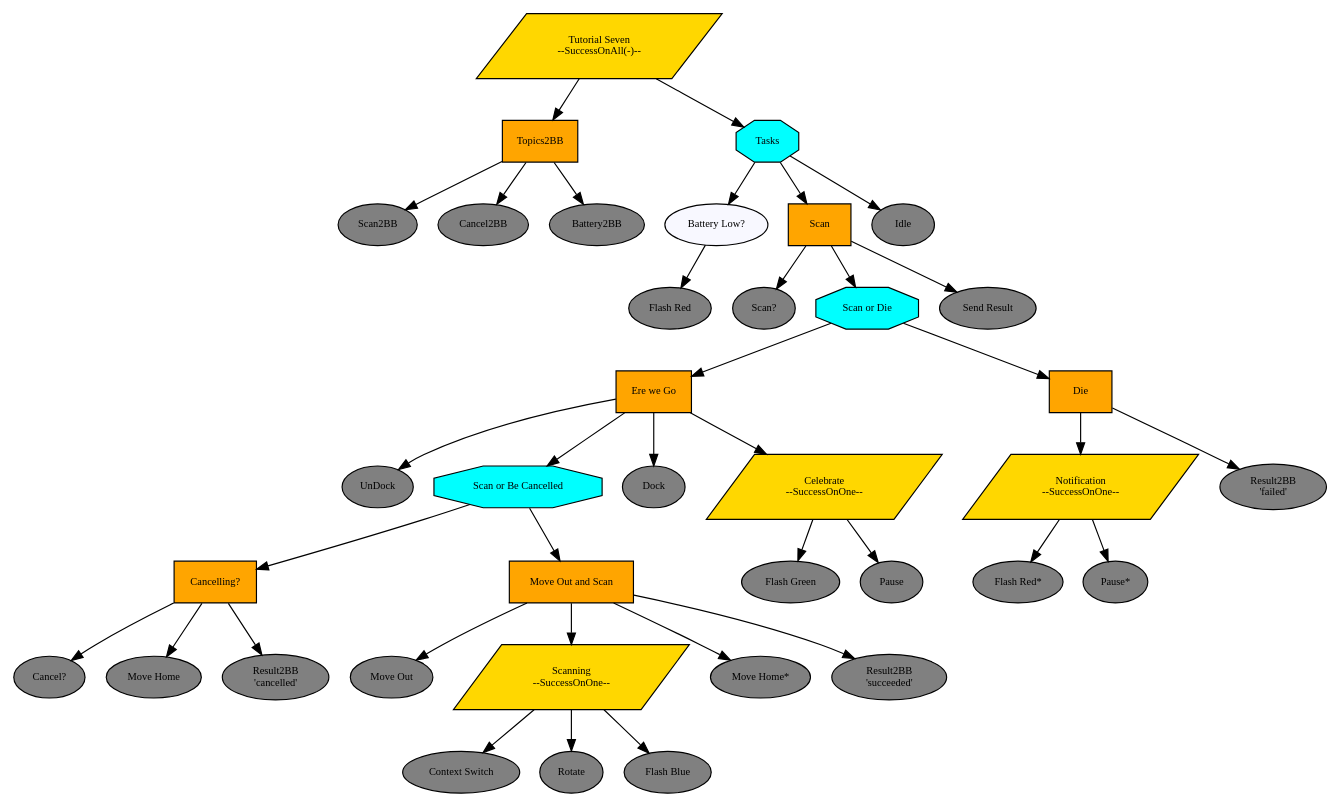
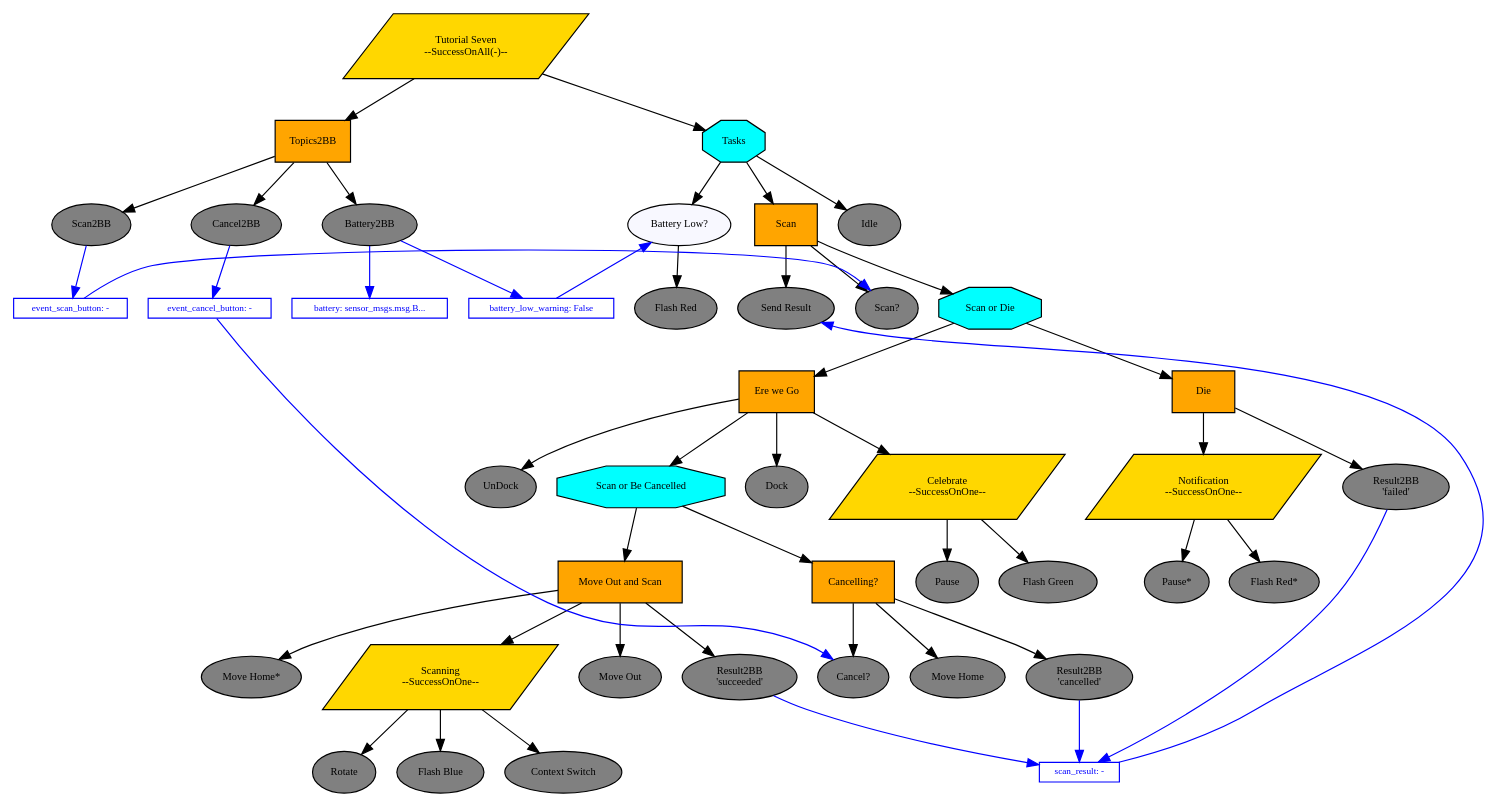
The diagram in doc/dot/tutorial-seven-docking-cancelling-failing.dot (splintered-reality/py_trees_ros_tutorials), drawn with Graphviz before and after one commit. The commit also changed 13 other files, not shown here.

```diff
--- a/doc/dot/tutorial-seven-docking-cancelling-failing.dot
+++ b/doc/dot/tutorial-seven-docking-cancelling-failing.dot
@@ -1,78 +1,194 @@
 digraph pastafarianism {
 graph [fontname="times-roman"];
 node [fontname="times-roman"];
 edge [fontname="times-roman"];
 "Tutorial Seven" [label="Tutorial Seven\n--SuccessOnAll(-)--", shape=parallelogram, style=filled, fillcolor=gold, fontsize=9, fontcolor=black];
 Topics2BB [label=Topics2BB, shape=box, style=filled, fillcolor=orange, fontsize=9, fontcolor=black];
 "Tutorial Seven" -> Topics2BB;
 Scan2BB [label=Scan2BB, shape=ellipse, style=filled, fillcolor=gray, fontsize=9, fontcolor=black];
 Topics2BB -> Scan2BB;
 Cancel2BB [label=Cancel2BB, shape=ellipse, style=filled, fillcolor=gray, fontsize=9, fontcolor=black];
 Topics2BB -> Cancel2BB;
 Battery2BB [label=Battery2BB, shape=ellipse, style=filled, fillcolor=gray, fontsize=9, fontcolor=black];
 Topics2BB -> Battery2BB;
+subgraph  {
+label=children_of_Topics2BB;
+rank=same;
+Scan2BB [label=Scan2BB, shape=ellipse, style=filled, fillcolor=gray, fontsize=9, fontcolor=black];
+Cancel2BB [label=Cancel2BB, shape=ellipse, style=filled, fillcolor=gray, fontsize=9, fontcolor=black];
+Battery2BB [label=Battery2BB, shape=ellipse, style=filled, fillcolor=gray, fontsize=9, fontcolor=black];
+}
+
 Tasks [label=Tasks, shape=octagon, style=filled, fillcolor=cyan, fontsize=9, fontcolor=black];
 "Tutorial Seven" -> Tasks;
 "Battery Low?" [label="Battery Low?", shape=ellipse, style=filled, fillcolor=ghostwhite, fontsize=9, fontcolor=black];
 Tasks -> "Battery Low?";
 "Flash Red" [label="Flash Red", shape=ellipse, style=filled, fillcolor=gray, fontsize=9, fontcolor=black];
 "Battery Low?" -> "Flash Red";
 Scan [label=Scan, shape=box, style=filled, fillcolor=orange, fontsize=9, fontcolor=black];
 Tasks -> Scan;
 "Scan?" [label="Scan?", shape=ellipse, style=filled, fillcolor=gray, fontsize=9, fontcolor=black];
 Scan -> "Scan?";
 "Scan or Die" [label="Scan or Die", shape=octagon, style=filled, fillcolor=cyan, fontsize=9, fontcolor=black];
 Scan -> "Scan or Die";
 "Ere we Go" [label="Ere we Go", shape=box, style=filled, fillcolor=orange, fontsize=9, fontcolor=black];
 "Scan or Die" -> "Ere we Go";
 UnDock [label=UnDock, shape=ellipse, style=filled, fillcolor=gray, fontsize=9, fontcolor=black];
 "Ere we Go" -> UnDock;
 "Scan or Be Cancelled" [label="Scan or Be Cancelled", shape=octagon, style=filled, fillcolor=cyan, fontsize=9, fontcolor=black];
 "Ere we Go" -> "Scan or Be Cancelled";
 "Cancelling?" [label="Cancelling?", shape=box, style=filled, fillcolor=orange, fontsize=9, fontcolor=black];
 "Scan or Be Cancelled" -> "Cancelling?";
 "Cancel?" [label="Cancel?", shape=ellipse, style=filled, fillcolor=gray, fontsize=9, fontcolor=black];
 "Cancelling?" -> "Cancel?";
 "Move Home" [label="Move Home", shape=ellipse, style=filled, fillcolor=gray, fontsize=9, fontcolor=black];
 "Cancelling?" -> "Move Home";
 "Result2BB\n'cancelled'" [label="Result2BB\n'cancelled'", shape=ellipse, style=filled, fillcolor=gray, fontsize=9, fontcolor=black];
 "Cancelling?" -> "Result2BB\n'cancelled'";
+subgraph  {
+label="children_of_Cancelling?";
+rank=same;
+"Cancel?" [label="Cancel?", shape=ellipse, style=filled, fillcolor=gray, fontsize=9, fontcolor=black];
+"Move Home" [label="Move Home", shape=ellipse, style=filled, fillcolor=gray, fontsize=9, fontcolor=black];
+"Result2BB\n'cancelled'" [label="Result2BB\n'cancelled'", shape=ellipse, style=filled, fillcolor=gray, fontsize=9, fontcolor=black];
+}
+
 "Move Out and Scan" [label="Move Out and Scan", shape=box, style=filled, fillcolor=orange, fontsize=9, fontcolor=black];
 "Scan or Be Cancelled" -> "Move Out and Scan";
 "Move Out" [label="Move Out", shape=ellipse, style=filled, fillcolor=gray, fontsize=9, fontcolor=black];
 "Move Out and Scan" -> "Move Out";
 Scanning [label="Scanning\n--SuccessOnOne--", shape=parallelogram, style=filled, fillcolor=gold, fontsize=9, fontcolor=black];
 "Move Out and Scan" -> Scanning;
 "Context Switch" [label="Context Switch", shape=ellipse, style=filled, fillcolor=gray, fontsize=9, fontcolor=black];
 Scanning -> "Context Switch";
 Rotate [label=Rotate, shape=ellipse, style=filled, fillcolor=gray, fontsize=9, fontcolor=black];
 Scanning -> Rotate;
 "Flash Blue" [label="Flash Blue", shape=ellipse, style=filled, fillcolor=gray, fontsize=9, fontcolor=black];
 Scanning -> "Flash Blue";
+subgraph  {
+label=children_of_Scanning;
+rank=same;
+"Context Switch" [label="Context Switch", shape=ellipse, style=filled, fillcolor=gray, fontsize=9, fontcolor=black];
+Rotate [label=Rotate, shape=ellipse, style=filled, fillcolor=gray, fontsize=9, fontcolor=black];
+"Flash Blue" [label="Flash Blue", shape=ellipse, style=filled, fillcolor=gray, fontsize=9, fontcolor=black];
+}
+
 "Move Home*" [label="Move Home*", shape=ellipse, style=filled, fillcolor=gray, fontsize=9, fontcolor=black];
 "Move Out and Scan" -> "Move Home*";
 "Result2BB\n'succeeded'" [label="Result2BB\n'succeeded'", shape=ellipse, style=filled, fillcolor=gray, fontsize=9, fontcolor=black];
 "Move Out and Scan" -> "Result2BB\n'succeeded'";
+subgraph  {
+label="children_of_Move Out and Scan";
+rank=same;
+"Move Out" [label="Move Out", shape=ellipse, style=filled, fillcolor=gray, fontsize=9, fontcolor=black];
+Scanning [label="Scanning\n--SuccessOnOne--", shape=parallelogram, style=filled, fillcolor=gold, fontsize=9, fontcolor=black];
+"Move Home*" [label="Move Home*", shape=ellipse, style=filled, fillcolor=gray, fontsize=9, fontcolor=black];
+"Result2BB\n'succeeded'" [label="Result2BB\n'succeeded'", shape=ellipse, style=filled, fillcolor=gray, fontsize=9, fontcolor=black];
+}
+
+subgraph  {
+label="children_of_Scan or Be Cancelled";
+rank=same;
+"Cancelling?" [label="Cancelling?", shape=box, style=filled, fillcolor=orange, fontsize=9, fontcolor=black];
+"Move Out and Scan" [label="Move Out and Scan", shape=box, style=filled, fillcolor=orange, fontsize=9, fontcolor=black];
+}
+
 Dock [label=Dock, shape=ellipse, style=filled, fillcolor=gray, fontsize=9, fontcolor=black];
 "Ere we Go" -> Dock;
 Celebrate [label="Celebrate\n--SuccessOnOne--", shape=parallelogram, style=filled, fillcolor=gold, fontsize=9, fontcolor=black];
 "Ere we Go" -> Celebrate;
 "Flash Green" [label="Flash Green", shape=ellipse, style=filled, fillcolor=gray, fontsize=9, fontcolor=black];
 Celebrate -> "Flash Green";
 Pause [label=Pause, shape=ellipse, style=filled, fillcolor=gray, fontsize=9, fontcolor=black];
 Celebrate -> Pause;
+subgraph  {
+label=children_of_Celebrate;
+rank=same;
+"Flash Green" [label="Flash Green", shape=ellipse, style=filled, fillcolor=gray, fontsize=9, fontcolor=black];
+Pause [label=Pause, shape=ellipse, style=filled, fillcolor=gray, fontsize=9, fontcolor=black];
+}
+
+subgraph  {
+label="children_of_Ere we Go";
+rank=same;
+UnDock [label=UnDock, shape=ellipse, style=filled, fillcolor=gray, fontsize=9, fontcolor=black];
+"Scan or Be Cancelled" [label="Scan or Be Cancelled", shape=octagon, style=filled, fillcolor=cyan, fontsize=9, fontcolor=black];
+Dock [label=Dock, shape=ellipse, style=filled, fillcolor=gray, fontsize=9, fontcolor=black];
+Celebrate [label="Celebrate\n--SuccessOnOne--", shape=parallelogram, style=filled, fillcolor=gold, fontsize=9, fontcolor=black];
+}
+
 Die [label=Die, shape=box, style=filled, fillcolor=orange, fontsize=9, fontcolor=black];
 "Scan or Die" -> Die;
 Notification [label="Notification\n--SuccessOnOne--", shape=parallelogram, style=filled, fillcolor=gold, fontsize=9, fontcolor=black];
 Die -> Notification;
 "Flash Red*" [label="Flash Red*", shape=ellipse, style=filled, fillcolor=gray, fontsize=9, fontcolor=black];
 Notification -> "Flash Red*";
 "Pause*" [label="Pause*", shape=ellipse, style=filled, fillcolor=gray, fontsize=9, fontcolor=black];
 Notification -> "Pause*";
+subgraph  {
+label=children_of_Notification;
+rank=same;
+"Flash Red*" [label="Flash Red*", shape=ellipse, style=filled, fillcolor=gray, fontsize=9, fontcolor=black];
+"Pause*" [label="Pause*", shape=ellipse, style=filled, fillcolor=gray, fontsize=9, fontcolor=black];
+}
+
 "Result2BB\n'failed'" [label="Result2BB\n'failed'", shape=ellipse, style=filled, fillcolor=gray, fontsize=9, fontcolor=black];
 Die -> "Result2BB\n'failed'";
+subgraph  {
+label=children_of_Die;
+rank=same;
+Notification [label="Notification\n--SuccessOnOne--", shape=parallelogram, style=filled, fillcolor=gold, fontsize=9, fontcolor=black];
+"Result2BB\n'failed'" [label="Result2BB\n'failed'", shape=ellipse, style=filled, fillcolor=gray, fontsize=9, fontcolor=black];
+}
+
+subgraph  {
+label="children_of_Scan or Die";
+rank=same;
+"Ere we Go" [label="Ere we Go", shape=box, style=filled, fillcolor=orange, fontsize=9, fontcolor=black];
+Die [label=Die, shape=box, style=filled, fillcolor=orange, fontsize=9, fontcolor=black];
+}
+
 "Send Result" [label="Send Result", shape=ellipse, style=filled, fillcolor=gray, fontsize=9, fontcolor=black];
 Scan -> "Send Result";
+subgraph  {
+label=children_of_Scan;
+rank=same;
+"Scan?" [label="Scan?", shape=ellipse, style=filled, fillcolor=gray, fontsize=9, fontcolor=black];
+"Scan or Die" [label="Scan or Die", shape=octagon, style=filled, fillcolor=cyan, fontsize=9, fontcolor=black];
+"Send Result" [label="Send Result", shape=ellipse, style=filled, fillcolor=gray, fontsize=9, fontcolor=black];
+}
+
 Idle [label=Idle, shape=ellipse, style=filled, fillcolor=gray, fontsize=9, fontcolor=black];
 Tasks -> Idle;
+subgraph  {
+label=children_of_Tasks;
+rank=same;
+"Battery Low?" [label="Battery Low?", shape=ellipse, style=filled, fillcolor=ghostwhite, fontsize=9, fontcolor=black];
+Scan [label=Scan, shape=box, style=filled, fillcolor=orange, fontsize=9, fontcolor=black];
+Idle [label=Idle, shape=ellipse, style=filled, fillcolor=gray, fontsize=9, fontcolor=black];
 }
+
+subgraph  {
+label="children_of_Tutorial Seven";
+rank=same;
+Topics2BB [label=Topics2BB, shape=box, style=filled, fillcolor=orange, fontsize=9, fontcolor=black];
+Tasks [label=Tasks, shape=octagon, style=filled, fillcolor=cyan, fontsize=9, fontcolor=black];
+}
+
+event_scan_button [label="event_scan_button: -", shape=box, style=filled, color=blue, fillcolor=white, fontsize=8, fontcolor=blue, width=0, height=0, fixedsize=False];
+event_scan_button -> "Scan?"  [color=blue, constraint=False];
+Scan2BB -> event_scan_button  [color=blue, constraint=True];
+event_cancel_button [label="event_cancel_button: -", shape=box, style=filled, color=blue, fillcolor=white, fontsize=8, fontcolor=blue, width=0, height=0, fixedsize=False];
+event_cancel_button -> "Cancel?"  [color=blue, constraint=False];
+Cancel2BB -> event_cancel_button  [color=blue, constraint=True];
+battery [label="battery: sensor_msgs.msg.B...", shape=box, style=filled, color=blue, fillcolor=white, fontsize=8, fontcolor=blue, width=0, height=0, fixedsize=False];
+Battery2BB -> battery  [color=blue, constraint=True];
+battery_low_warning [label="battery_low_warning: False", shape=box, style=filled, color=blue, fillcolor=white, fontsize=8, fontcolor=blue, width=0, height=0, fixedsize=False];
+battery_low_warning -> "Battery Low?"  [color=blue, constraint=False];
+Battery2BB -> battery_low_warning  [color=blue, constraint=True];
+scan_result [label="scan_result: -", shape=box, style=filled, color=blue, fillcolor=white, fontsize=8, fontcolor=blue, width=0, height=0, fixedsize=False];
+scan_result -> "Send Result"  [color=blue, constraint=False];
+"Result2BB\n'failed'" -> scan_result  [color=blue, constraint=True];
+"Result2BB\n'succeeded'" -> scan_result  [color=blue, constraint=True];
+"Result2BB\n'cancelled'" -> scan_result  [color=blue, constraint=True];
+}
```
